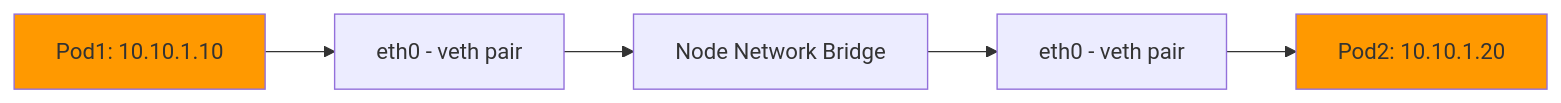
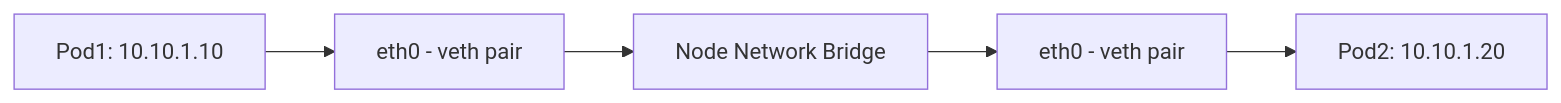
The sixth of 25 diagrams in docs/eks/week2-networking.md (juwon8891/juwon8891.github.io), drawn with Mermaid before and after one commit. The commit also changed other lines of this file and 18 other files, not shown here.

Commit message:
Remove bright colors from Mermaid diagrams for dark mode compatibility

````diff
--- a/docs/eks/week2-networking.md
+++ b/docs/eks/week2-networking.md
@@ -293,10 +284,8 @@
 ```mermaid
 graph LR
     A[Pod1: 10.10.1.10] --> B[eth0 - veth pair]
     B --> C[Node Network Bridge]
     C --> D[eth0 - veth pair]
     D --> E[Pod2: 10.10.1.20]
 
-    style A fill:#ff9900
-    style E fill:#ff9900
 ```
````
